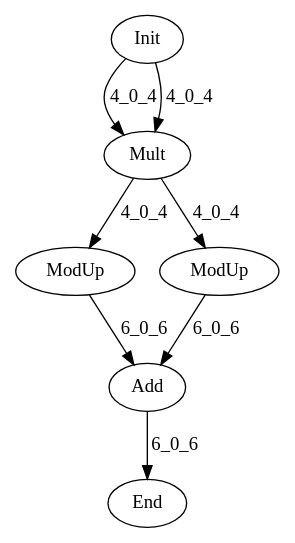
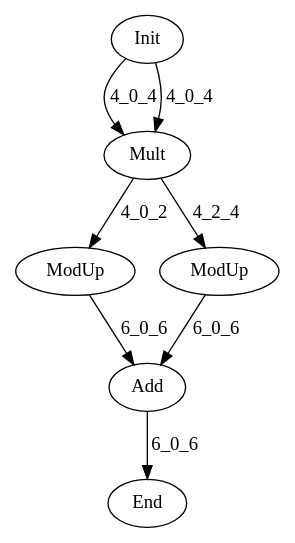
Before and after one commit to hal-lab-u-tokyo/PolyFHE: the diagram in data/graph_poly.dot, drawn with Graphviz. The commit also changed 2 other files, not shown here.

```diff
--- a/data/graph_poly.dot
+++ b/data/graph_poly.dot
@@ -1,15 +1,15 @@
 digraph G {
 Init[label="Init"];
 End[label="End"];
 Mult[label="Mult"];
 Add[label="Add"];
 ModUp[label="ModUp"];
 ModUp2[label="ModUp"];
 Init -> Mult[label="4_0_4"];
 Init -> Mult[label="4_0_4"];
-Mult -> ModUp[label="4_0_4"];
-Mult -> ModUp2[label="4_0_4"];
+Mult -> ModUp[label="4_0_2"];
+Mult -> ModUp2[label="4_2_4"];
 ModUp -> Add[label="6_0_6"];
 ModUp2 -> Add[label="6_0_6"];
 Add -> End[label="6_0_6"];
 }
```
